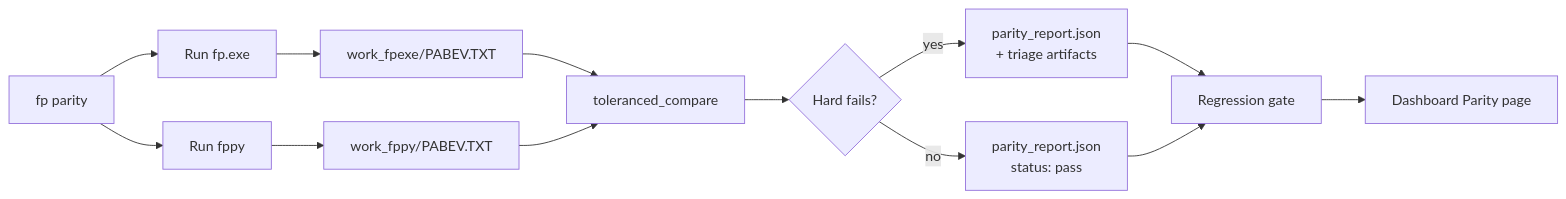
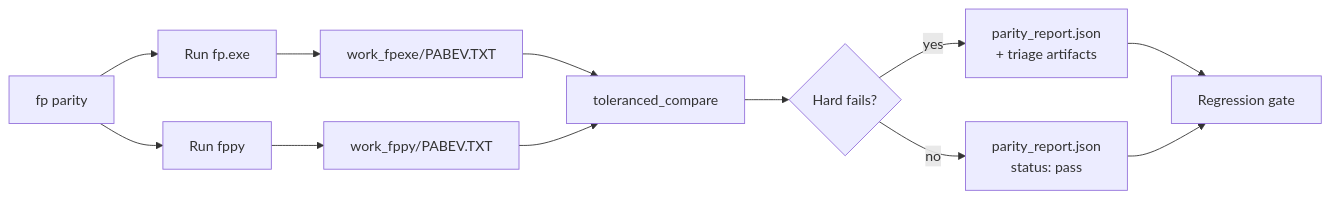
Before and after one commit to smkwray/fp-wraptr: the second of 2 diagrams in docs/architecture.md, drawn with Mermaid. The commit also changed other lines of this file and 244 other files, not shown here.

````diff
--- a/docs/architecture.md
+++ b/docs/architecture.md
@@ -38,14 +37,13 @@
 ```mermaid
 graph LR
     A[fp parity] --> B[Run fp.exe]
     A --> C[Run fppy]
     B --> D[work_fpexe/PABEV.TXT]
     C --> E[work_fppy/PABEV.TXT]
     D & E --> F[toleranced_compare]
     F --> G{Hard fails?}
     G -->|yes| H[parity_report.json<br/>+ triage artifacts]
     G -->|no| I[parity_report.json<br/>status: pass]
     H --> J[Regression gate]
     I --> J
-    J --> K[Dashboard Parity page]
 ```
````
